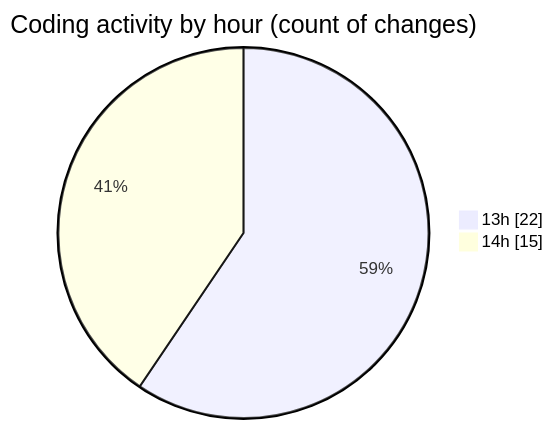
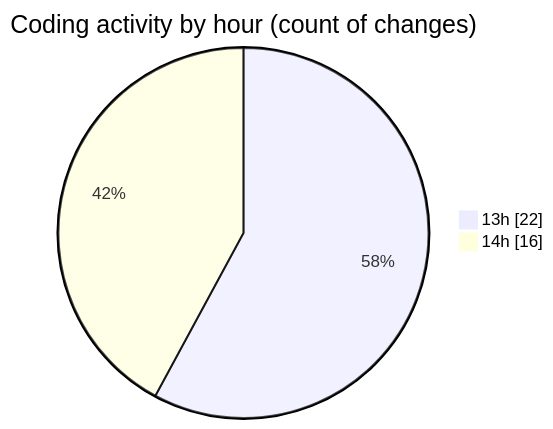
The second of 2 diagrams in 2025-02-24/drivers_app/README.md (donsfak/code-tracking), drawn with Mermaid before and after one commit. The commit also changed other lines of this file and 1 other file, not shown here.

````diff
--- a/2025-02-24/drivers_app/README.md
+++ b/2025-02-24/drivers_app/README.md
@@ -34,6 +36,6 @@
 ```mermaid
 pie showData
 title Coding activity by hour (count of changes)
 "13h" : 22
-"14h" : 15
+"14h" : 16
 ```
````
